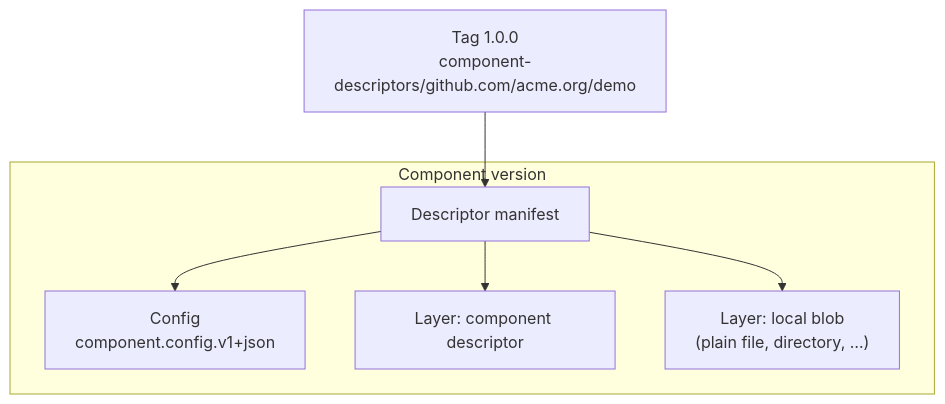
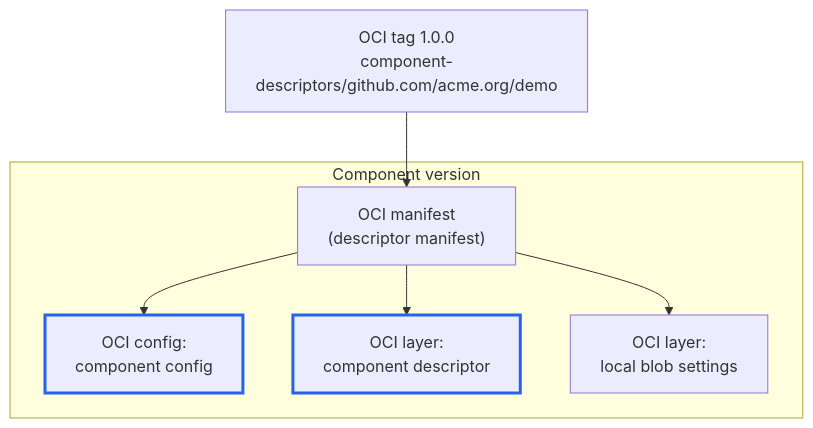
One commit to open-component-model/open-component-model changed the first of 2 diagrams in website/content/docs/concepts/component-storage.md. Above: the diagram before and after it, drawn with Mermaid. The commit also changed other lines of this file, not shown here.

First line of the commit message:
docs(concepts): disambiguate OCM and OCI terms on storage page

````diff
--- a/website/content/docs/concepts/component-storage.md
+++ b/website/content/docs/concepts/component-storage.md
@@ -44,11 +68,14 @@
 ```mermaid
 flowchart TD
-    tag["Tag 1.0.0<br/>component-descriptors/github.com/acme.org/demo"] --> dm
+    tag["OCI tag 1.0.0<br/>component-descriptors/github.com/acme.org/demo"] --> dm
 
     subgraph cv["Component version"]
-        dm["Descriptor manifest"]
-        dm --> cfg["Config<br/>component.config.v1+json"]
-        dm --> cd["Layer: component descriptor"]
-        dm --> lb["Layer: local blob<br/>(plain file, directory, …)"]
+        dm["OCI manifest<br/>(descriptor manifest)"]
+        dm --> cfg["OCI config:<br/>component config"]
+        dm --> cd["OCI layer:<br/>component descriptor"]
+        dm --> lb["OCI layer:<br/>local blob settings"]
     end
+
+    classDef ocm stroke:#2563eb,stroke-width:3px
+    class cfg,cd ocm
 ```
````
